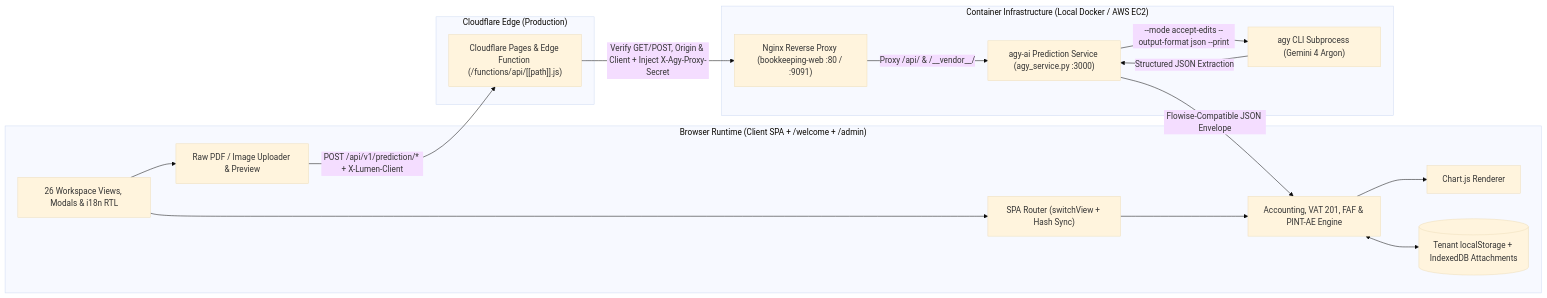
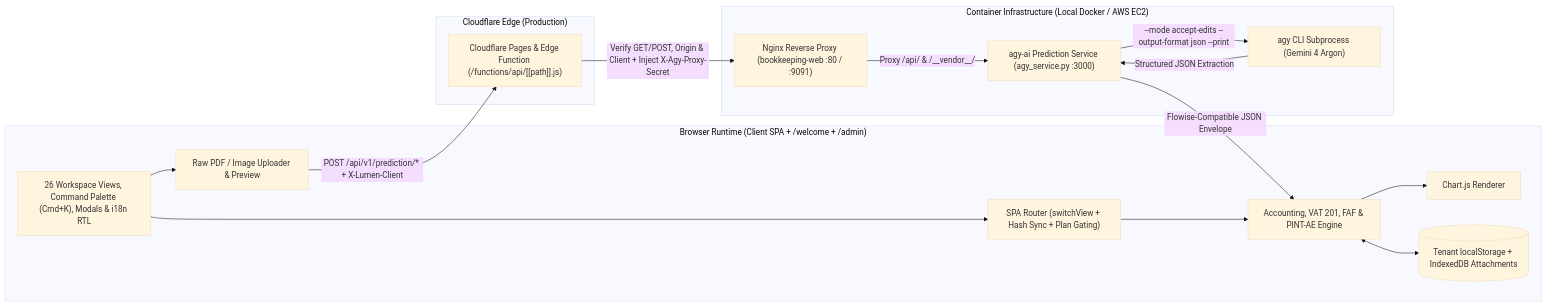
One commit to lumenconsultancyae/bookeeping_docs changed the first of 2 diagrams in docs/technical/architecture-and-execution-flow.md. Above: the diagram before and after it, drawn with Mermaid (base theme). The commit also changed other lines of this file and 11 other files, not shown here.

````diff
--- a/docs/technical/architecture-and-execution-flow.md
+++ b/docs/technical/architecture-and-execution-flow.md
@@ -7,33 +7,33 @@
 ```mermaid
 flowchart LR
     subgraph Browser["Browser Runtime (Client SPA + /welcome + /admin)"]
-        UI["26 Workspace Views, Modals & i18n RTL"]
-        Router["SPA Router (switchView + Hash Sync)"]
+        UI["26 Workspace Views, Command Palette (Cmd+K), Modals & i18n RTL"]
+        Router["SPA Router (switchView + Hash Sync + Plan Gating)"]
         Engine["Accounting, VAT 201, FAF & PINT-AE Engine"]
         PDF["Raw PDF / Image Uploader & Preview"]
         Chart["Chart.js Renderer"]
         Store[("Tenant localStorage + IndexedDB Attachments")]
     end
 
     subgraph Edge["Cloudflare Edge (Production)"]
         CFPages["Cloudflare Pages & Edge Function (/functions/api/[[path]].js)"]
     end
 
     subgraph Infra["Container Infrastructure (Local Docker / AWS EC2)"]
         Nginx["Nginx Reverse Proxy (bookkeeping-web :80 / :9091)"]
         AgyService["agy-ai Prediction Service (agy_service.py :3000)"]
         AgyCLI["agy CLI Subprocess (Gemini 4 Argon)"]
     end
 
     UI --> Router
     Router --> Engine
     Engine <--> Store
     Engine --> Chart
     UI --> PDF
     PDF -->|"POST /api/v1/prediction/* + X-Lumen-Client"| CFPages
     CFPages -->|"Verify GET/POST, Origin & Client + Inject X-Agy-Proxy-Secret"| Nginx
     Nginx -->|"Proxy /api/ & /__vendor__/"| AgyService
     AgyService -->|"--mode accept-edits --output-format json --print"| AgyCLI
     AgyCLI -->|"Structured JSON Extraction"| AgyService
     AgyService -->|"Flowise-Compatible JSON Envelope"| Engine
 ```
````
